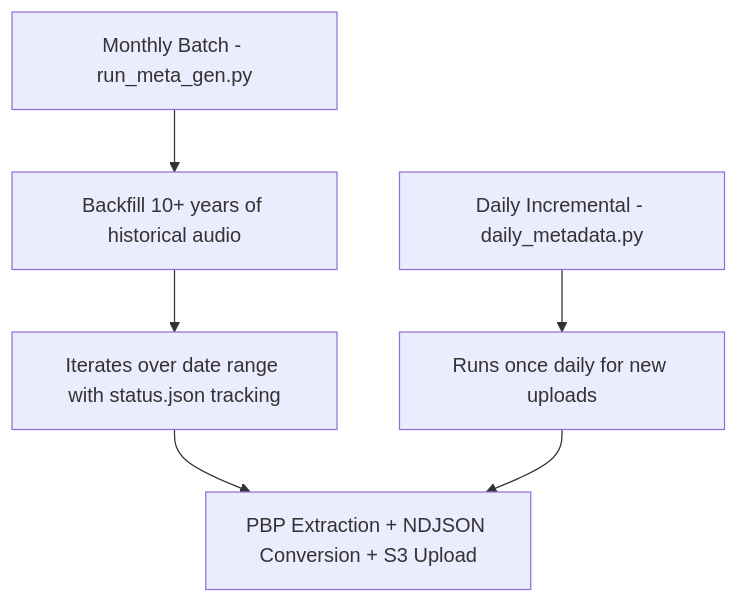
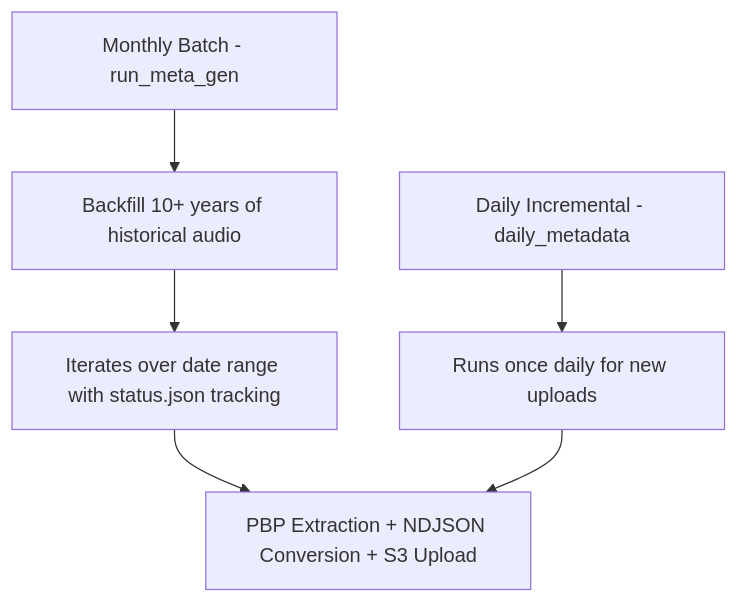
One commit to gabethemyers/mbari-soundscape-pipeline changed the second of 2 diagrams in README.md. Above: the diagram before and after it, drawn with Mermaid. The commit also changed other lines of this file and 14 other files, not shown here.

````diff
--- a/README.md
+++ b/README.md
@@ -95,10 +113,10 @@
 ```mermaid
 flowchart TD
-    A[Monthly Batch - run_meta_gen.py] --> B[Backfill 10+ years of historical audio]
+    A[Monthly Batch - run_meta_gen] --> B[Backfill 10+ years of historical audio]
     B --> C[Iterates over date range with status.json tracking]
 
-    D[Daily Incremental - daily_metadata.py] --> E[Runs once daily for new uploads]
+    D[Daily Incremental - daily_metadata] --> E[Runs once daily for new uploads]
 
     C --> F[PBP Extraction + NDJSON Conversion + S3 Upload]
     E --> F
 ```
````
